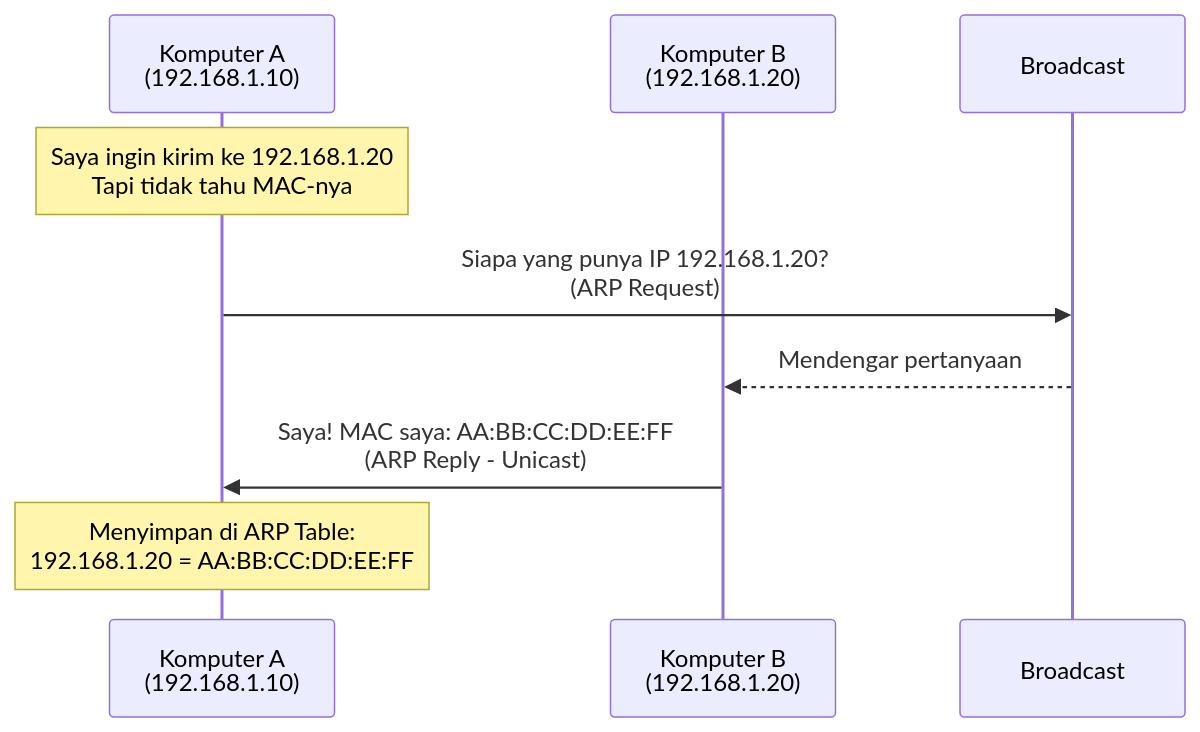
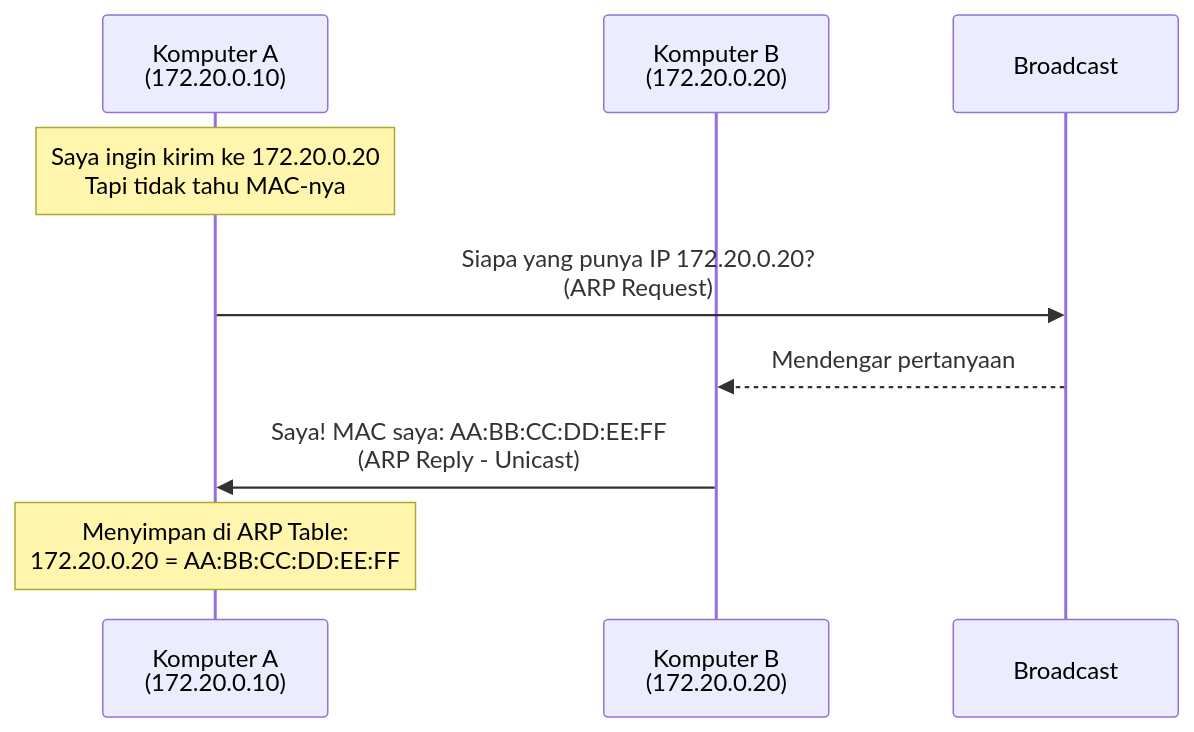
Before and after one commit to Muhammad-Ikhwan-Fathulloh/Network-Security-Course-Bank: the first of 2 diagrams in Pertemuan3.md, drawn with Mermaid. The commit also changed other lines of this file, not shown here.

````diff
--- a/Pertemuan3.md
+++ b/Pertemuan3.md
@@ -31,14 +30,14 @@
 ```mermaid
 sequenceDiagram
-    participant A as Komputer A<br>(192.168.1.10)
-    participant B as Komputer B<br>(192.168.1.20)
+    participant A as Komputer A<br>(172.20.0.10)
+    participant B as Komputer B<br>(172.20.0.20)
     
-    Note over A: Saya ingin kirim ke 192.168.1.20<br>Tapi tidak tahu MAC-nya
+    Note over A: Saya ingin kirim ke 172.20.0.20<br>Tapi tidak tahu MAC-nya
     
-    A->>Broadcast: Siapa yang punya IP 192.168.1.20?<br> (ARP Request)
+    A->>Broadcast: Siapa yang punya IP 172.20.0.20?<br> (ARP Request)
     Broadcast-->>B: Mendengar pertanyaan
     
     B->>A: Saya! MAC saya: AA:BB:CC:DD:EE:FF<br> (ARP Reply - Unicast)
     
-    Note over A: Menyimpan di ARP Table:<br>192.168.1.20 = AA:BB:CC:DD:EE:FF
+    Note over A: Menyimpan di ARP Table:<br>172.20.0.20 = AA:BB:CC:DD:EE:FF
 ```
````
